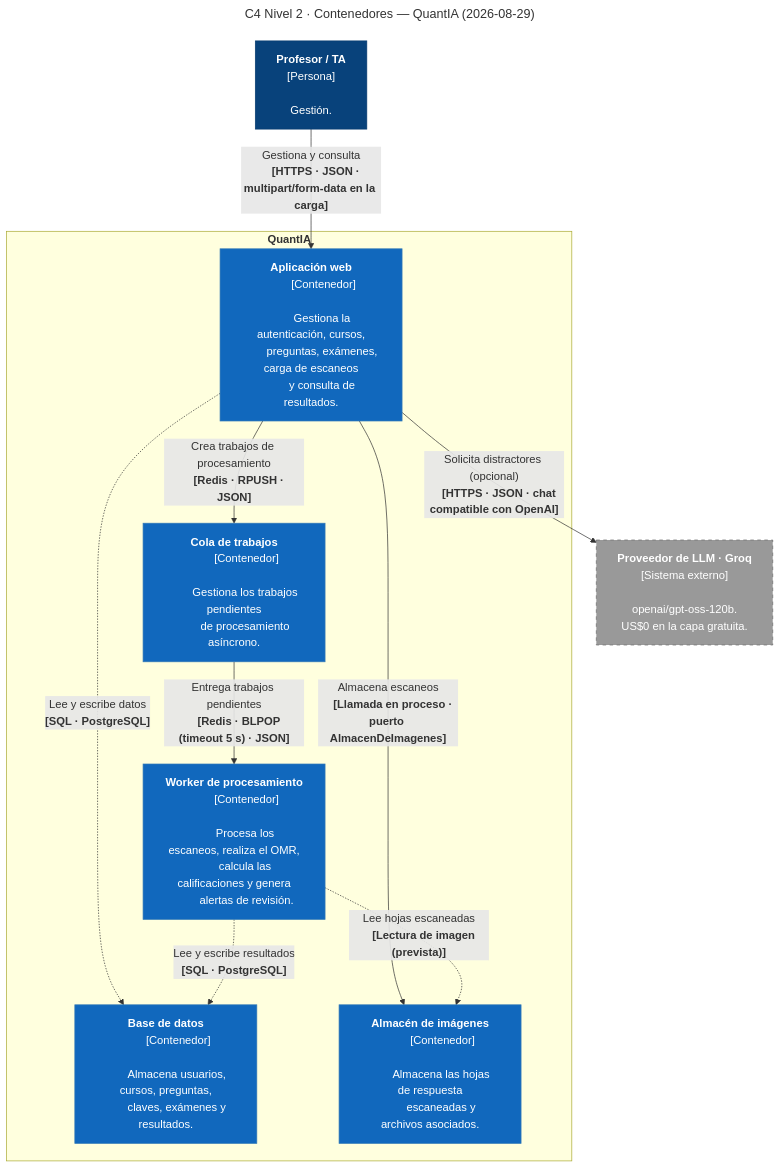
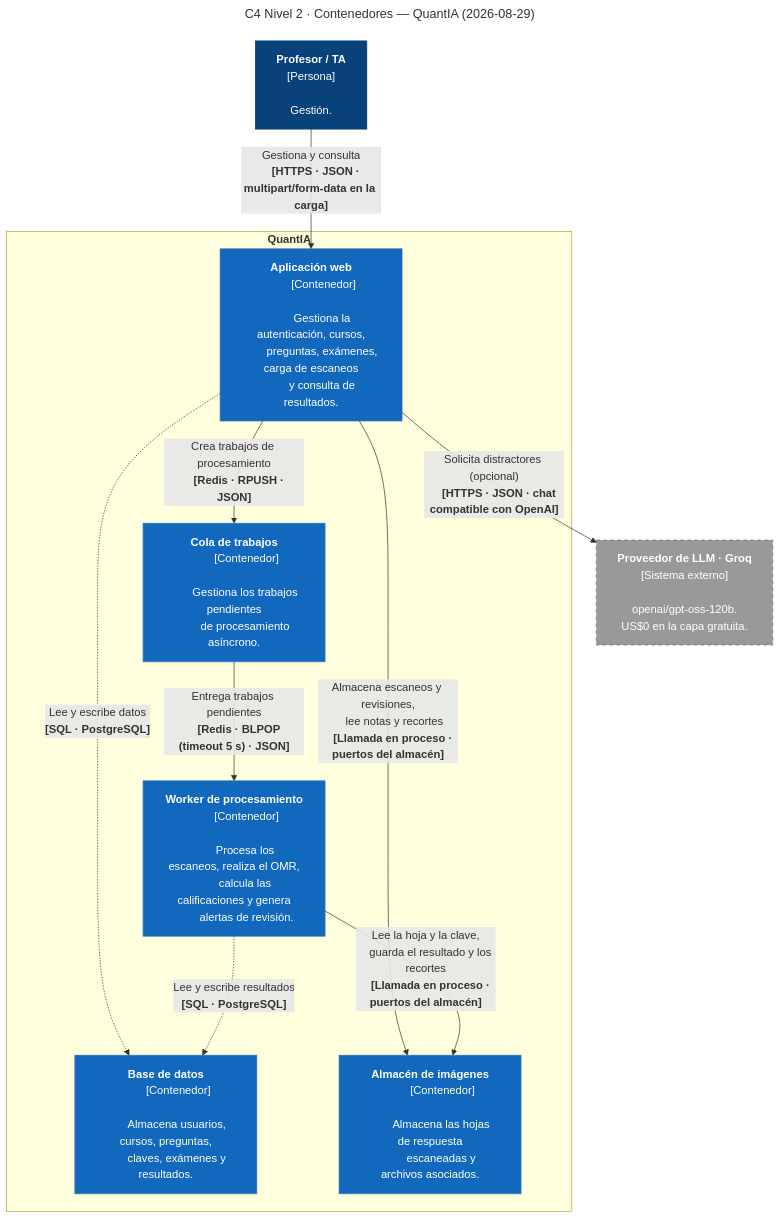
One commit to ISCOUTB/AS_202620_Sistema-de-calificacion-automatica changed the second of 4 diagrams in docs/c4/doc-c4.md. Above: the diagram before and after it, drawn with Mermaid. The commit also changed other lines of this file, not shown here.

First line of the commit message:
docs(c4): construir la relación de la lectura y leer las notas desde la aplicación

```diff
--- a/docs/c4/doc-c4.md
+++ b/docs/c4/doc-c4.md
@@ -217,8 +218,9 @@
     web -.->|"Lee y escribe datos
     <b>[SQL · PostgreSQL]</b>"| db
 
-    web -->|"Almacena escaneos
-    <b>[Llamada en proceso · puerto AlmacenDeImagenes]</b>"| imagenes
+    web -->|"Almacena escaneos y revisiones,
+    lee notas y recortes
+    <b>[Llamada en proceso · puertos del almacén]</b>"| imagenes
 
     web -->|"Crea trabajos de procesamiento
     <b>[Redis · RPUSH · JSON]</b>"| cola
@@ -229,8 +231,9 @@
     worker -.->|"Lee y escribe resultados
     <b>[SQL · PostgreSQL]</b>"| db
 
-    worker -.->|"Lee hojas escaneadas
-    <b>[Lectura de imagen (prevista)]</b>"| imagenes
+    worker -->|"Lee la hoja y la clave,
+    guarda el resultado y los recortes
+    <b>[Llamada en proceso · puertos del almacén]</b>"| imagenes
 
     web -->|"Solicita distractores (opcional)
     <b>[HTTPS · JSON · chat compatible con OpenAI]</b>"| llm
```
